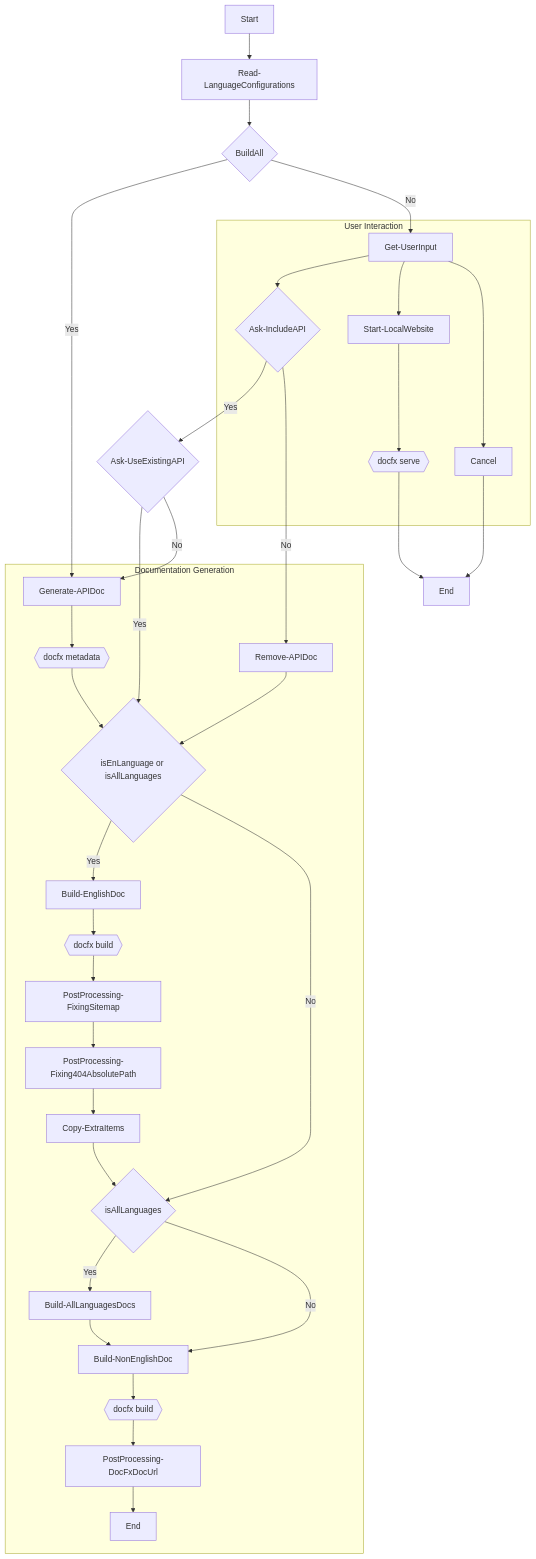
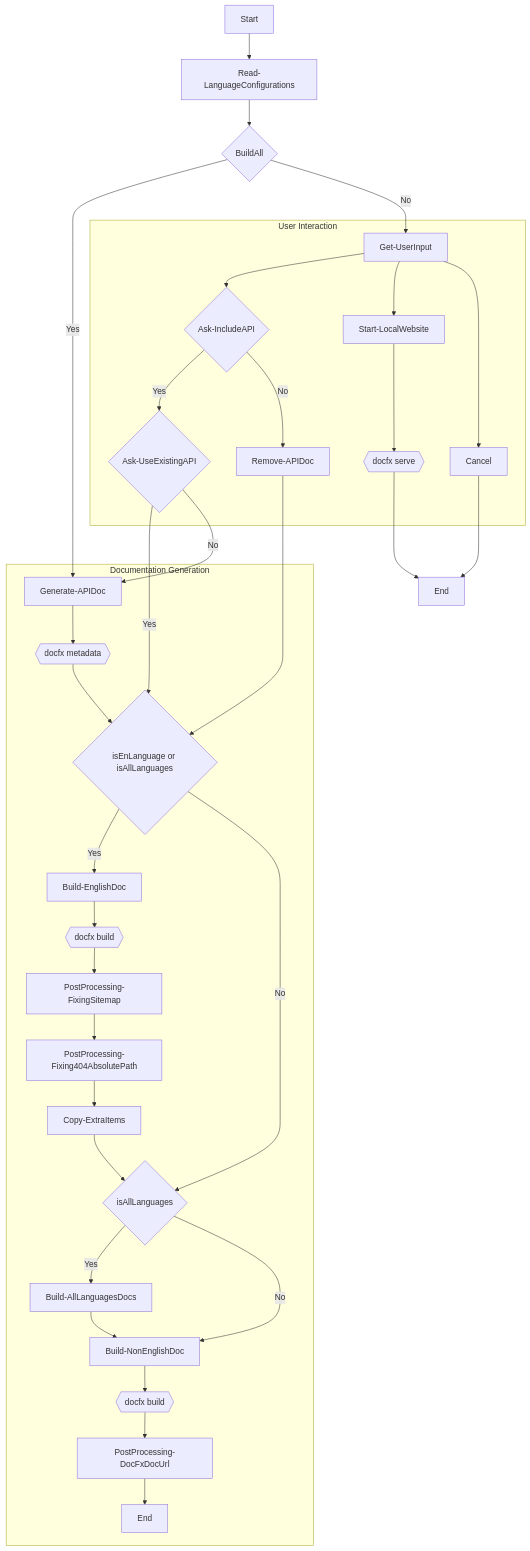
One commit to stride3d/stride-docs changed the diagram in wiki/Understanding-the-Stride-Documentation-Generation-Pipeline.md. Above: the diagram before and after it, drawn with Mermaid. The commit also changed other lines of this file, not shown here.

Commit message:
fix: Diagram updated

````diff
--- a/wiki/Understanding-the-Stride-Documentation-Generation-Pipeline.md
+++ b/wiki/Understanding-the-Stride-Documentation-Generation-Pipeline.md
@@ -85,59 +85,59 @@
 ``` mermaid
 %% Define styles
 
 %% Main Graph
 graph TB
 
 %% Nodes
     Start[Start]
     A[Read-LanguageConfigurations]
     B{BuildAll}
     C[Get-UserInput]
     D[Generate-APIDoc]
     E{Ask-IncludeAPI}
     E1{Ask-UseExistingAPI}
     End[End]
     F[Start-LocalWebsite]
     G[Cancel]
     H[Remove-APIDoc]
     M{isEnLanguage or isAllLanguages}
     N[Build-EnglishDoc]
     O[PostProcessing-FixingSitemap]
     O1[PostProcessing-Fixing404AbsolutePath]
     P[Copy-ExtraItems]
     R{isAllLanguages}
     S[Build-AllLanguagesDocs]
     T[Build-NonEnglishDoc]
     Y[PostProcessing-DocFxDocUrl]
     Z[End]
 
 %% Edges
     Start --> A --> B
     B -->|Yes| D
     B -->|No| C
     subgraph User Interaction
     C --> E
+    E -->|Yes| E1
+    E -->|No| H
     C --> F --> F1{{docfx serve}}
     C --> G
     end
     F1 --> End
     G --> End
-    E -->|Yes| E1
-    E -->|No| H
     E1 -->|Yes| M
     E1 -->|No| D
     subgraph Documentation Generation
     H --> M
     D --> D1{{docfx metadata}} --> M
     M -->|Yes| N
     M -->|No| R
     N --> DocFX{{docfx build}} --> O --> O1--> P
     P --> R
     R -->|Yes| S
     R -->|No| T
     S --> T
     T --> X{{docfx build}}
     X --> Y
     Y --> Z
     end
 ```
````
